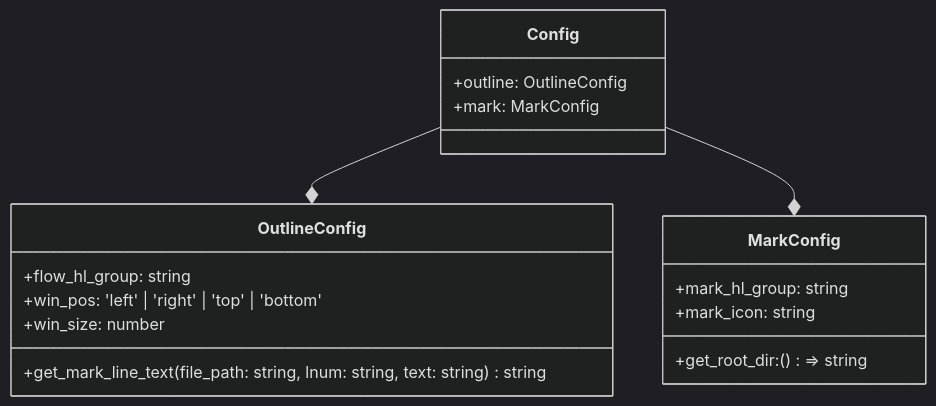
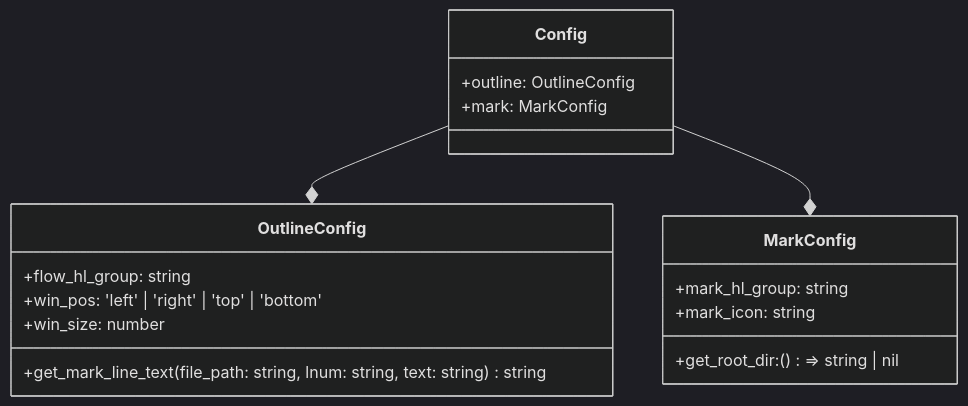
One commit to niuiic/track.nvim changed diagram 16 of 16 in DESIGN.md. Above: the diagram before and after it, drawn with Mermaid (dark theme). The commit also changed other lines of this file and 2 other files, not shown here.

````diff
--- a/DESIGN.md
+++ b/DESIGN.md
@@ -371,23 +379,23 @@
 ```mermaid
 classDiagram
     Config --* OutlineConfig
     Config --* MarkConfig
     class Config {
         +outline: OutlineConfig
         +mark: MarkConfig
     }
 
     class OutlineConfig {
         +flow_hl_group: string
         +win_pos: 'left' | 'right' | 'top' | 'bottom'
         +win_size: number
 
         +get_mark_line_text(file_path: string, lnum: string, text: string) string
     }
 
     class MarkConfig {
         +mark_hl_group: string
         +mark_icon: string
-        +get_root_dir: () => string
+        +get_root_dir: () => string | nil
     }
 ```
````
